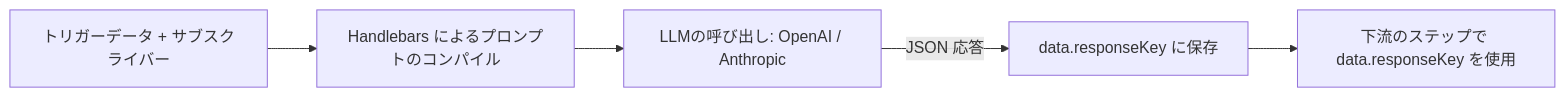
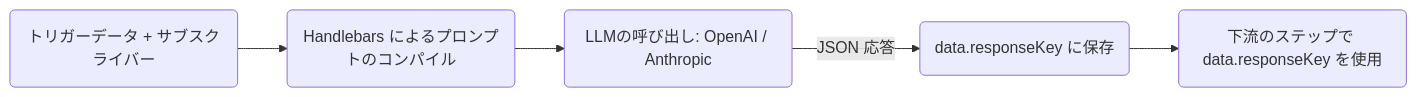
One commit to KriyanshKhunt/nexus_docs changed the first of 2 diagrams in content/docs/ja/platform/features/ai-workflow-node.mdx. Above: the diagram before and after it, drawn with Mermaid. The commit also changed other lines of this file and 20 other files, not shown here.

Commit message:
Handle ja Mermaid charts

````diff
--- a/content/docs/ja/platform/features/ai-workflow-node.mdx
+++ b/content/docs/ja/platform/features/ai-workflow-node.mdx
@@ -19,7 +19,7 @@
 ```mermaid
 flowchart LR
-  T[トリガーデータ + サブスクライバー] --> P[Handlebars によるプロンプトのコンパイル]
-  P --> LLM[LLMの呼び出し: OpenAI / Anthropic]
-  LLM -->|JSON 応答| D[data.responseKey に保存]
-  D --> Step[下流のステップで data.responseKey を使用]
+  T(トリガーデータ + サブスクライバー) --> P(Handlebars によるプロンプトのコンパイル)
+  P --> LLM(LLMの呼び出し: OpenAI / Anthropic)
+  LLM -->|JSON 応答| D(data.responseKey に保存)
+  D --> Step(下流のステップで data.responseKey を使用)
 ```
````
